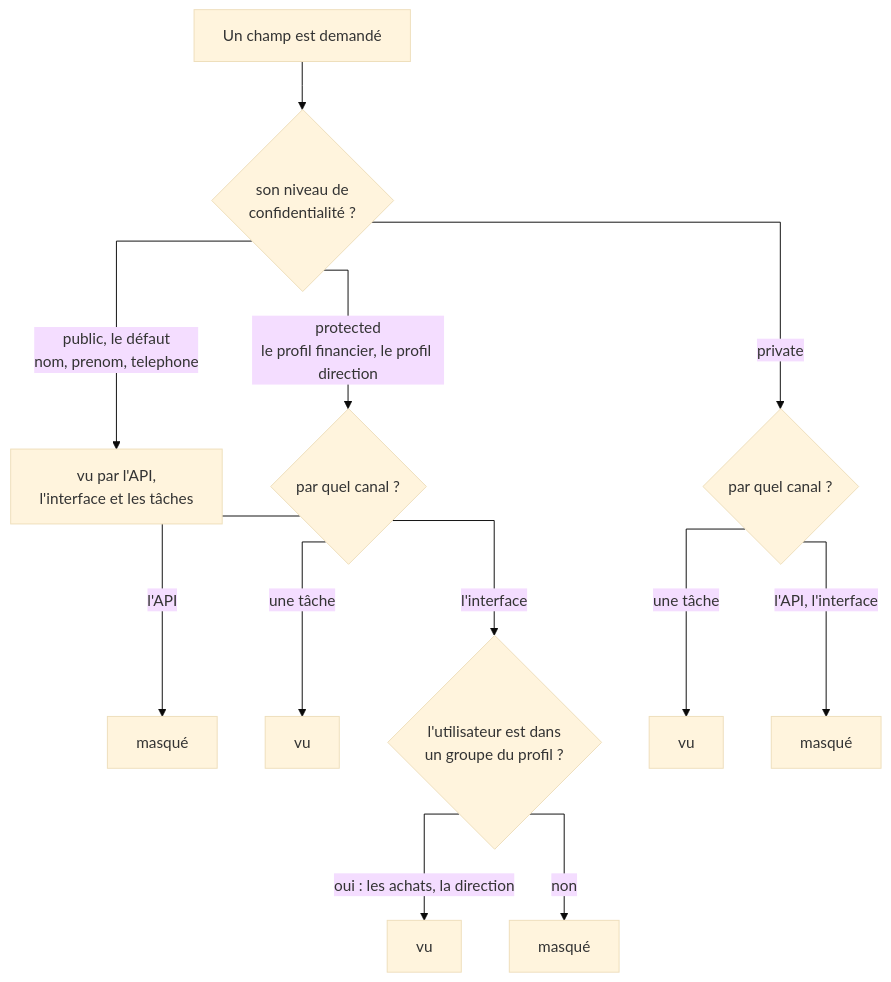
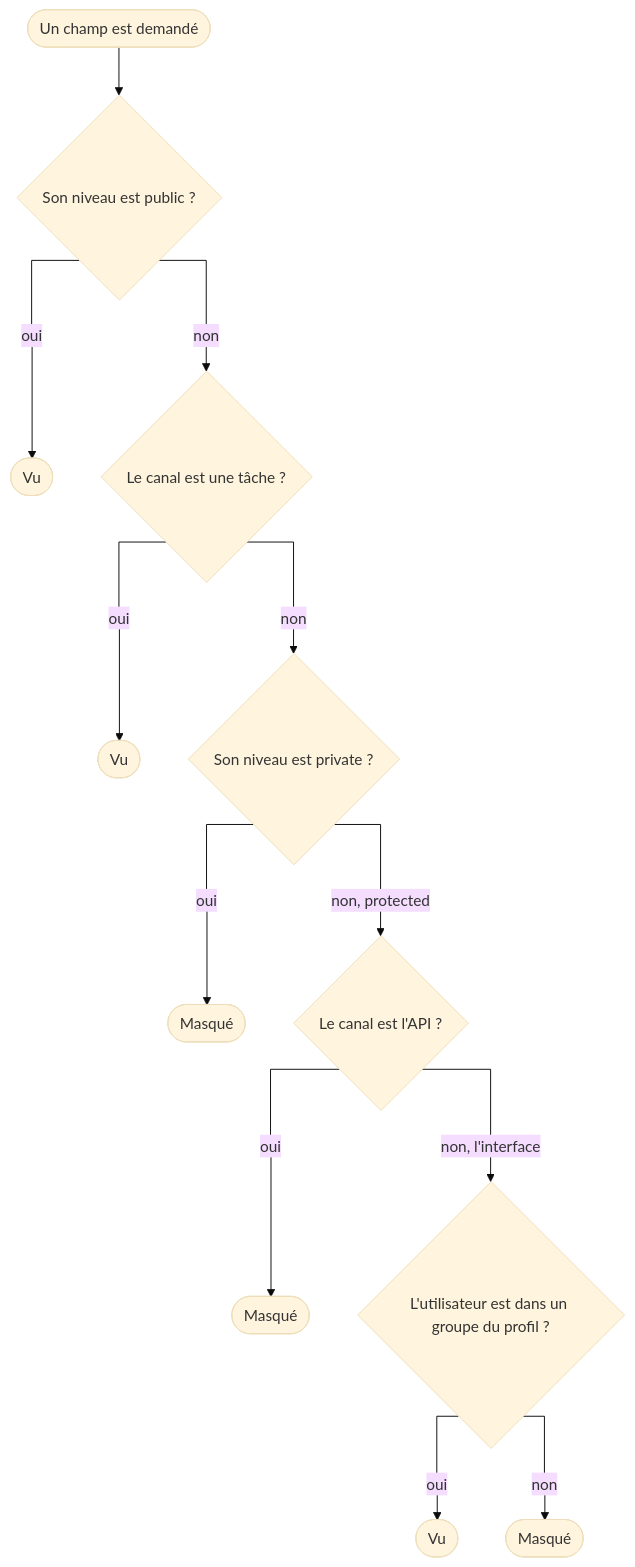
One commit to AymericLesert/Syncytium changed the diagram in docs/syncytium/07-securite/04-confidentialite.md. Above: the diagram before and after it, drawn with Mermaid (base theme). The commit also changed 4 other files, not shown here.

Commit message:
D1844 — les arbres de décision en logigramme ; 02-groupes en deux schémas, 04-confidentialite repris, 08-audit : toute action d'une entité auditée passe par l'audit

````diff
--- a/docs/syncytium/07-securite/04-confidentialite.md
+++ b/docs/syncytium/07-securite/04-confidentialite.md
@@ -50,15 +50,15 @@
 ```mermaid
 %%{init: {"flowchart": {"curve": "stepAfter"}}}%%
 flowchart TD
-    Q["Un champ est demandé"] --> N{"son niveau de<br/>confidentialité ?"}
-    N -- "public, le défaut<br/>nom, prenom, telephone" --> V1["vu par l'API,<br/>l'interface et les tâches"]
-    N -- "protected<br/>le profil financier, le profil direction" --> C{"par quel canal ?"}
-    C -- "l'API" --> M1["masqué"]
-    C -- "une tâche" --> V2["vu"]
-    C -- "l'interface" --> G{"l'utilisateur est dans<br/>un groupe du profil ?"}
-    G -- "oui : les achats, la direction" --> V3["vu"]
-    G -- "non" --> M2["masqué"]
-    N -- "private" --> C2{"par quel canal ?"}
-    C2 -- "une tâche" --> V4["vu"]
-    C2 -- "l'API, l'interface" --> M3["masqué"]
+    D(["Un champ est demandé"]) --> Q1{"Son niveau est public ?"}
+    Q1 -- "oui" --> V1(["Vu"])
+    Q1 -- "non" --> Q2{"Le canal est une tâche ?"}
+    Q2 -- "oui" --> V2(["Vu"])
+    Q2 -- "non" --> Q3{"Son niveau est private ?"}
+    Q3 -- "oui" --> M1(["Masqué"])
+    Q3 -- "non, protected" --> Q4{"Le canal est l'API ?"}
+    Q4 -- "oui" --> M2(["Masqué"])
+    Q4 -- "non, l'interface" --> Q5{"L'utilisateur est dans un groupe du profil ?"}
+    Q5 -- "oui" --> V3(["Vu"])
+    Q5 -- "non" --> M3(["Masqué"])
 ```
````
